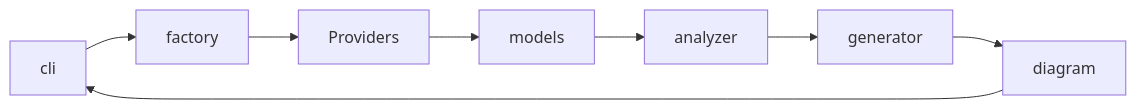
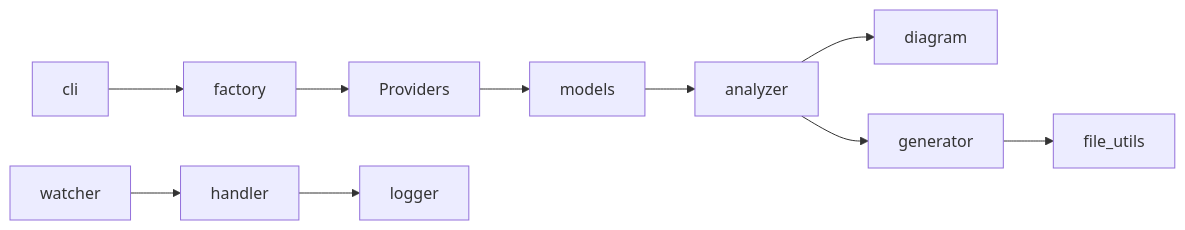
The first of 3 diagrams in website/docs/api-reference/overview/architecture.md (Source-Scribe/sourcescribe-core), drawn with Mermaid before and after one commit. The commit also changed other lines of this file and 5 other files, not shown here.

````diff
--- a/website/docs/api-reference/overview/architecture.md
+++ b/website/docs/api-reference/overview/architecture.md
@@ -9,10 +9,12 @@
 ```mermaid
 graph LR
     cli --> factory
     factory --> providers[Providers]
     providers --> models
     models --> analyzer
+    analyzer --> diagram
     analyzer --> generator
-    generator --> diagram
-    diagram --> cli
+    generator --> file_utils
+    watcher --> handler
+    handler --> logger
 ```
````
